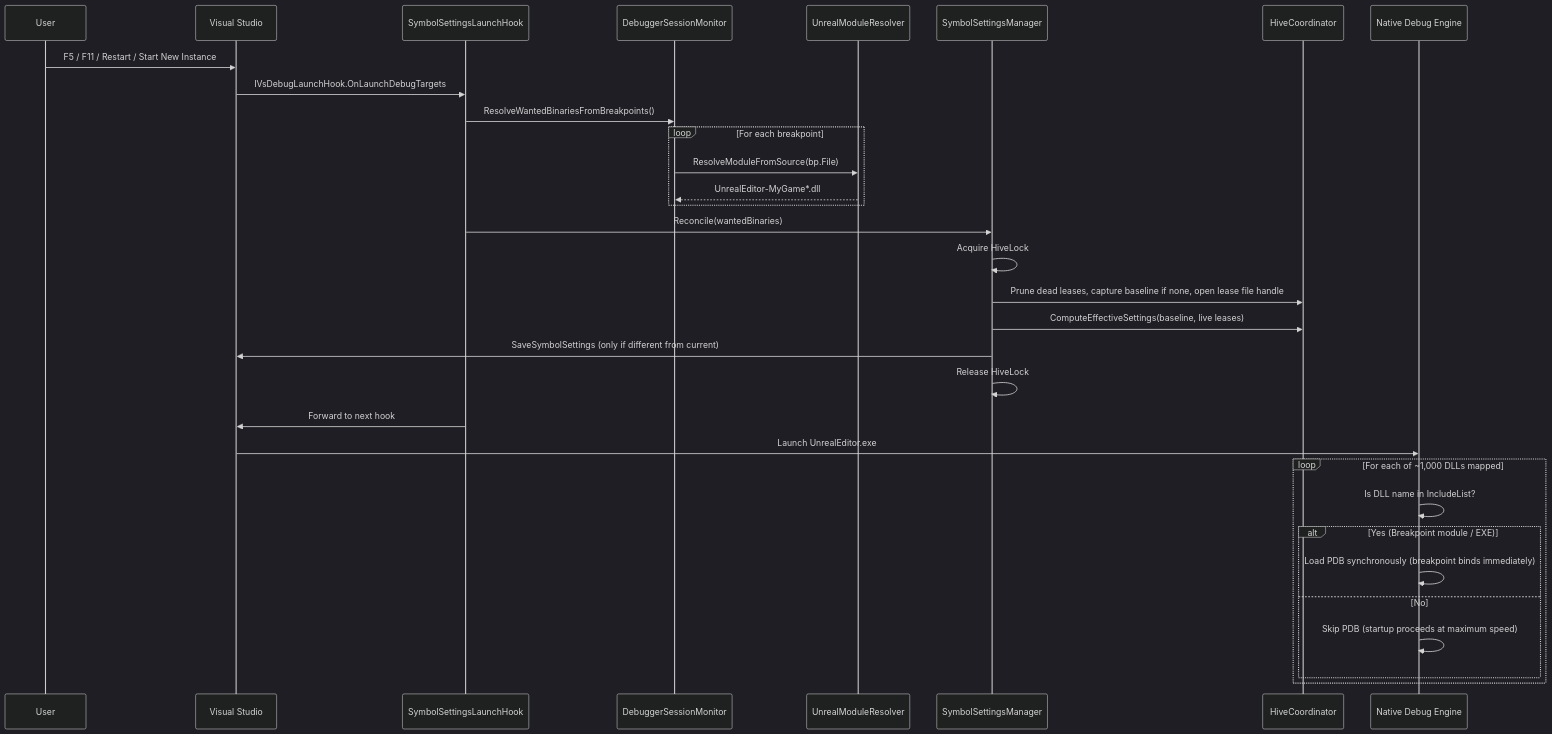
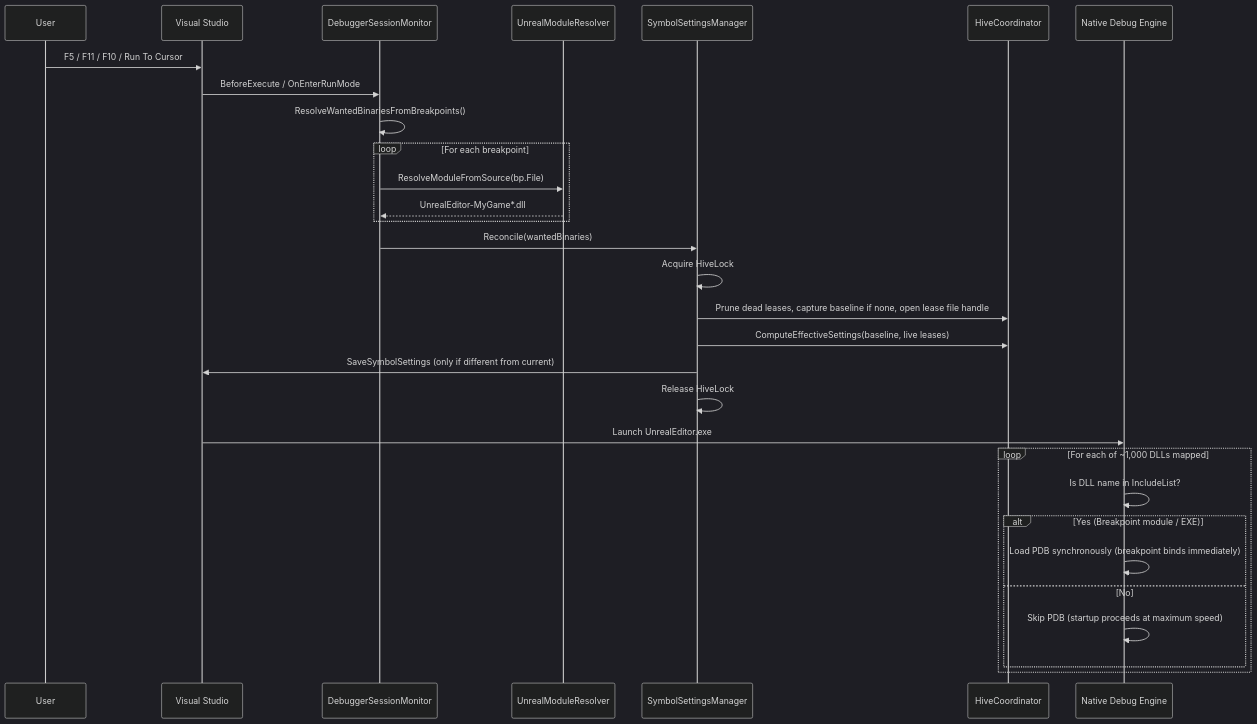
One commit to mattshepcar/VSOnDemandSymbols changed the second of 6 diagrams in docs/ARCHITECTURE.md. Above: the diagram before and after it, drawn with Mermaid (dark theme). The commit also changed other lines of this file and 1 other file, not shown here.

Commit message:
docs: align SPEC.md and ARCHITECTURE.md with launch interceptor architecture

````diff
--- a/docs/ARCHITECTURE.md
+++ b/docs/ARCHITECTURE.md
@@ -132,35 +132,33 @@
 ```mermaid
 sequenceDiagram
     participant User
     participant VS as Visual Studio
-    participant Hook as SymbolSettingsLaunchHook
     participant DSM as DebuggerSessionMonitor
     participant UMR as UnrealModuleResolver
     participant SSM as SymbolSettingsManager
     participant Coord as HiveCoordinator
     participant Dbg as Native Debug Engine
 
-    User->>VS: F5 / F11 / Restart / Start New Instance
-    VS->>Hook: IVsDebugLaunchHook.OnLaunchDebugTargets
-    Hook->>DSM: ResolveWantedBinariesFromBreakpoints()
+    User->>VS: F5 / F11 / F10 / Run To Cursor
+    VS->>DSM: BeforeExecute / OnEnterRunMode
+    DSM->>DSM: ResolveWantedBinariesFromBreakpoints()
     loop For each breakpoint
         DSM->>UMR: ResolveModuleFromSource(bp.File)
         UMR-->>DSM: UnrealEditor-MyGame*.dll
     end
-    Hook->>SSM: Reconcile(wantedBinaries)
+    DSM->>SSM: Reconcile(wantedBinaries)
     SSM->>SSM: Acquire HiveLock
     SSM->>Coord: Prune dead leases, capture baseline if none, open lease file handle
     SSM->>Coord: ComputeEffectiveSettings(baseline, live leases)
     SSM->>VS: SaveSymbolSettings (only if different from current)
     SSM->>SSM: Release HiveLock
-    Hook->>VS: Forward to next hook
     VS->>Dbg: Launch UnrealEditor.exe
     loop For each of ~1,000 DLLs mapped
         Dbg->>Dbg: Is DLL name in IncludeList?
         alt Yes (Breakpoint module / EXE)
             Dbg->>Dbg: Load PDB synchronously (breakpoint binds immediately)
         else No
             Dbg->>Dbg: Skip PDB (startup proceeds at maximum speed)
         end
     end
 ```
````
